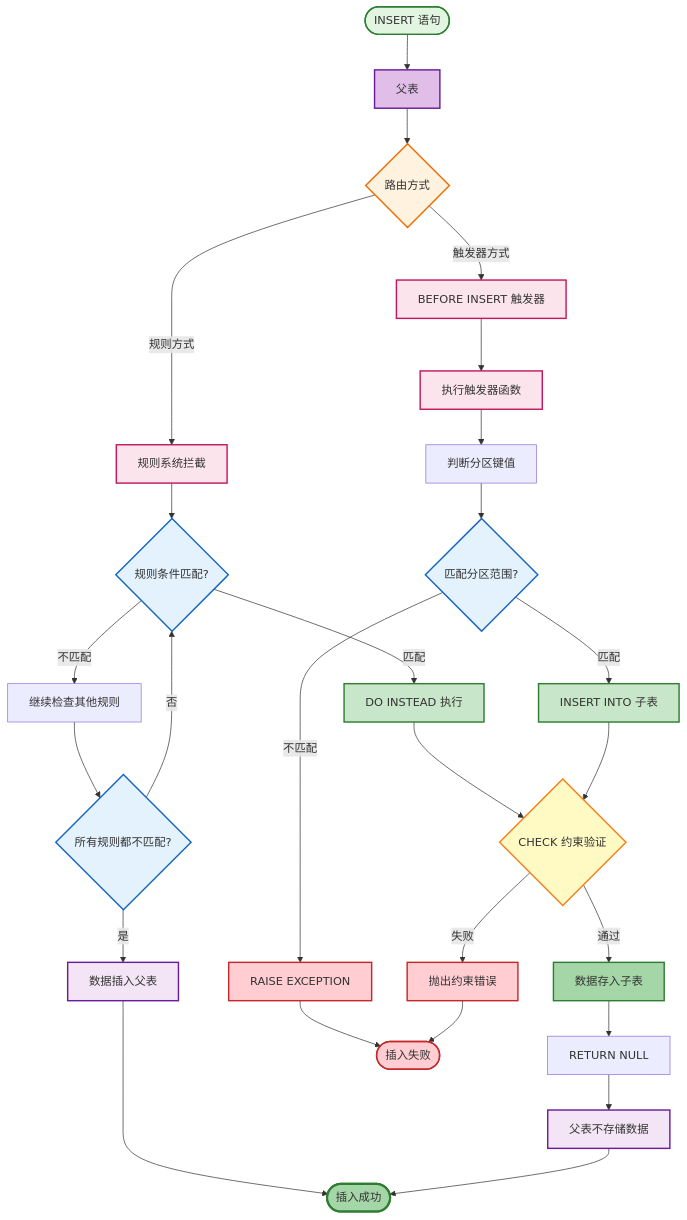
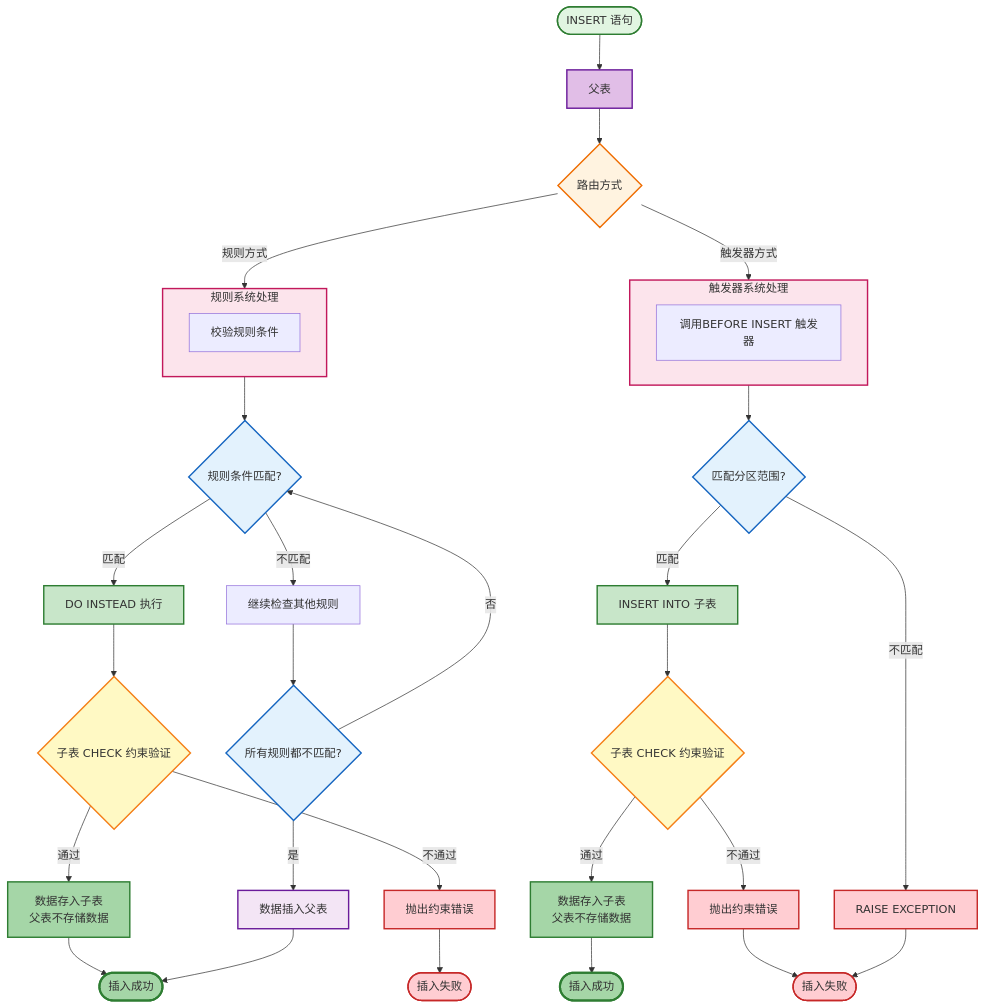
One commit to watslab/interview_doc changed the fifth of 6 diagrams in document/PostgreSQL/PostgreSQL 分区表最佳实践与底层原理.md. Above: the diagram before and after it, drawn with Mermaid. The commit also changed other lines of this file and 6 other files, not shown here.

````diff
--- a/document/PostgreSQL/PostgreSQL 分区表最佳实践与底层原理.md
+++ b/document/PostgreSQL/PostgreSQL 分区表最佳实践与底层原理.md
@@ -462,57 +466,54 @@
 ```mermaid
 flowchart TB
     Start([INSERT 语句]) --> Parent["父表"]
     
     Parent --> Route{"路由方式"}
-    
-    Route -->|"触发器方式"| Trigger["BEFORE INSERT 触发器"]
-    Route -->|"规则方式"| Rule["规则系统拦截"]
-    
-    Trigger --> Func["执行触发器函数"]
-    Func --> CalcPartition["判断分区键值"]
-    
-    Rule --> RuleMatch{"规则条件匹配?"}
-    RuleMatch -->|匹配| RuleInsert["DO INSTEAD 执行"]
-    RuleMatch -->|不匹配| RuleNext["继续检查其他规则"]
-    RuleNext --> AllMatch{"所有规则都不匹配?"}
-    AllMatch -->|是| InsertParent["数据插入父表"]
-    AllMatch -->|否| RuleMatch
-    
-    CalcPartition --> CheckRange{"匹配分区范围?"}
-    CheckRange -->|匹配| InsertChild["INSERT INTO 子表"]
-    CheckRange -->|不匹配| RaiseError["RAISE EXCEPTION"]
-    
-    RuleInsert --> CheckConstraint{"CHECK 约束验证"}
-    InsertChild --> CheckConstraint
-    
-    CheckConstraint -->|通过| StoreChild["数据存入子表"]
-    CheckConstraint -->|失败| ConstraintError["抛出约束错误"]
-    
-    StoreChild --> ReturnNull["RETURN NULL"]
-    ReturnNull --> NoParentData["父表不存储数据"]
-    
-    InsertParent --> Success([插入成功])
-    NoParentData --> Success
-    RaiseError --> Fail([插入失败])
-    ConstraintError --> Fail
+
+		subgraph RuleSys["规则系统处理"]
+			RuleProc["校验规则条件"]
+		end
+
+		subgraph TriggerSys["触发器系统处理"]
+			TriggerProc["调用BEFORE INSERT 触发器"]
+		end
+		
+    Route -->|"规则方式"| RuleSys
+    Route -->|"触发器方式"| TriggerSys
+
+		RuleSys --> RuleMatch{"规则条件匹配?"}
+		RuleMatch -->|匹配| InsertRule["DO INSTEAD 执行"] --> RuleChildCheckConstraint{"子表 CHECK 约束验证"}
+		RuleChildCheckConstraint -->|通过| RuleStoreChild["数据存入子表<br/>父表不存储数据"] --> RuleInsertSucess(["插入成功"])
+		RuleChildCheckConstraint -->|不通过| RuleRaiseConstraintError["抛出约束错误"] --> RuleInsertFail(["插入失败"])
+		RuleMatch -->|不匹配| NextRule["继续检查其他规则"] --> RuleAllNotMatch{"所有规则都不匹配?"}
+		RuleAllNotMatch -->|是| InsertParentRule["数据插入父表"] --> RuleInsertSucess
+		RuleAllNotMatch -->|否| RuleMatch
+
+		TriggerSys --> TriggerCheckRange{"匹配分区范围?"}
+		TriggerCheckRange -->|匹配| TriggerInsertChild["INSERT INTO 子表"] --> TriggerChildCheckConstraint{"子表 CHECK 约束验证"}
+		TriggerChildCheckConstraint -->|通过| TriggerStoreChild["数据存入子表<br/>父表不存储数据"] --> TriggerInsertSuccess([插入成功])
+		TriggerChildCheckConstraint -->|不通过| TriggerRaiseConstraintError["抛出约束错误"] --> TriggerInsertFail([插入失败])
+		TriggerCheckRange -->|不匹配| TriggerRaiseException["RAISE EXCEPTION"] --> TriggerInsertFail
     
     style Start fill:#e1f5e1,stroke:#2e7d32,stroke-width:2px
     style Parent fill:#e1bee7,stroke:#6a1b9a,stroke-width:2px
     style Route fill:#fff3e0,stroke:#ef6c00,stroke-width:2px
-    style Trigger fill:#fce4ec,stroke:#c2185b,stroke-width:2px
-    style Rule fill:#fce4ec,stroke:#c2185b,stroke-width:2px
-    style Func fill:#fce4ec,stroke:#c2185b,stroke-width:2px
+    style TriggerSys fill:#fce4ec,stroke:#c2185b,stroke-width:2px
+    style RuleSys fill:#fce4ec,stroke:#c2185b,stroke-width:2px
     style RuleMatch fill:#e3f2fd,stroke:#1565c0,stroke-width:2px
-    style AllMatch fill:#e3f2fd,stroke:#1565c0,stroke-width:2px
-    style CheckRange fill:#e3f2fd,stroke:#1565c0,stroke-width:2px
-    style CheckConstraint fill:#fff9c4,stroke:#f57f17,stroke-width:2px
-    style InsertChild fill:#c8e6c9,stroke:#2e7d32,stroke-width:2px
-    style RuleInsert fill:#c8e6c9,stroke:#2e7d32,stroke-width:2px
-    style StoreChild fill:#a5d6a7,stroke:#2e7d32,stroke-width:2px
-    style InsertParent fill:#f3e5f5,stroke:#6a1b9a,stroke-width:2px
-    style NoParentData fill:#f3e5f5,stroke:#6a1b9a,stroke-width:2px
-    style Success fill:#a5d6a7,stroke:#2e7d32,stroke-width:3px
-    style RaiseError fill:#ffcdd2,stroke:#c62828,stroke-width:2px
-    style ConstraintError fill:#ffcdd2,stroke:#c62828,stroke-width:2px
-    style Fail fill:#ffcdd2,stroke:#c62828,stroke-width:2px
+    style InsertRule fill:#c8e6c9,stroke:#2e7d32,stroke-width:2px
+    style RuleChildCheckConstraint fill:#fff9c4,stroke:#f57f17,stroke-width:2px
+    style RuleStoreChild fill:#a5d6a7,stroke:#2e7d32,stroke-width:2px
+    style RuleRaiseConstraintError fill:#ffcdd2,stroke:#c62828,stroke-width:2px
+    style RuleAllNotMatch fill:#e3f2fd,stroke:#1565c0,stroke-width:2px
+    style RuleInsertSucess fill:#a5d6a7,stroke:#2e7d32,stroke-width:3px
+    style RuleInsertFail fill:#ffcdd2,stroke:#c62828,stroke-width:2px
+    style InsertParentRule fill:#f3e5f5,stroke:#6a1b9a,stroke-width:2px
+		style TriggerCheckRange fill:#e3f2fd,stroke:#1565c0,stroke-width:2px
+    style TriggerInsertChild fill:#c8e6c9,stroke:#2e7d32,stroke-width:2px
+    style TriggerChildCheckConstraint fill:#fff9c4,stroke:#f57f17,stroke-width:2px
+    style TriggerStoreChild fill:#a5d6a7,stroke:#2e7d32,stroke-width:2px
+    style TriggerRaiseConstraintError fill:#ffcdd2,stroke:#c62828,stroke-width:2px
+    style TriggerRaiseException fill:#ffcdd2,stroke:#c62828,stroke-width:2px
+    style TriggerInsertSuccess fill:#a5d6a7,stroke:#2e7d32,stroke-width:3px
+    style TriggerInsertFail fill:#ffcdd2,stroke:#c62828,stroke-width:2px
 ```
````
